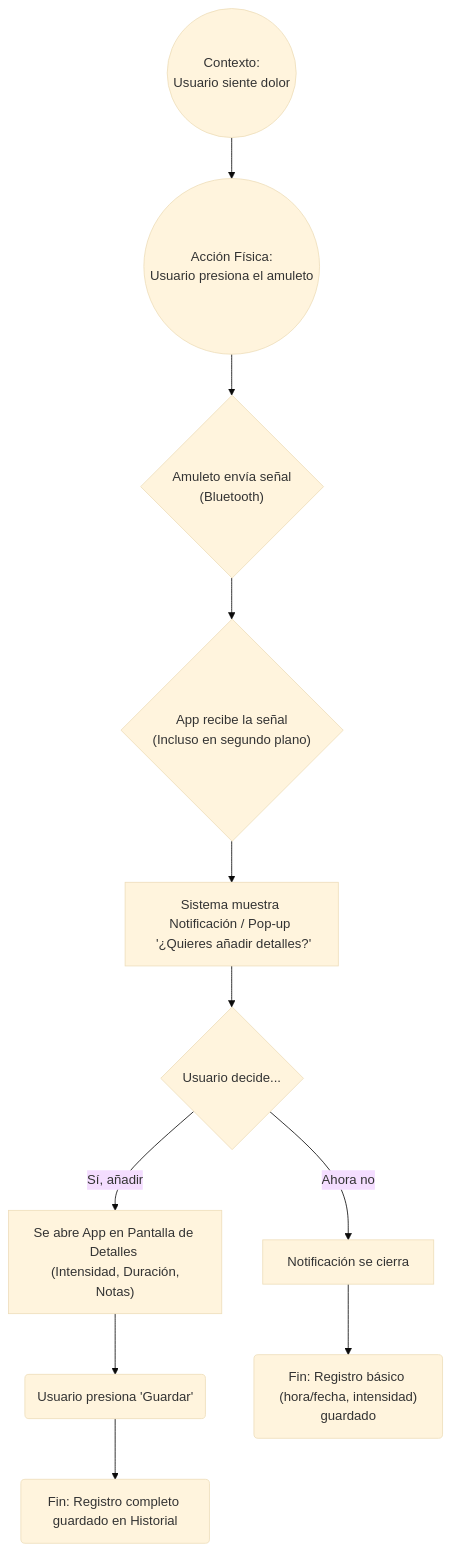
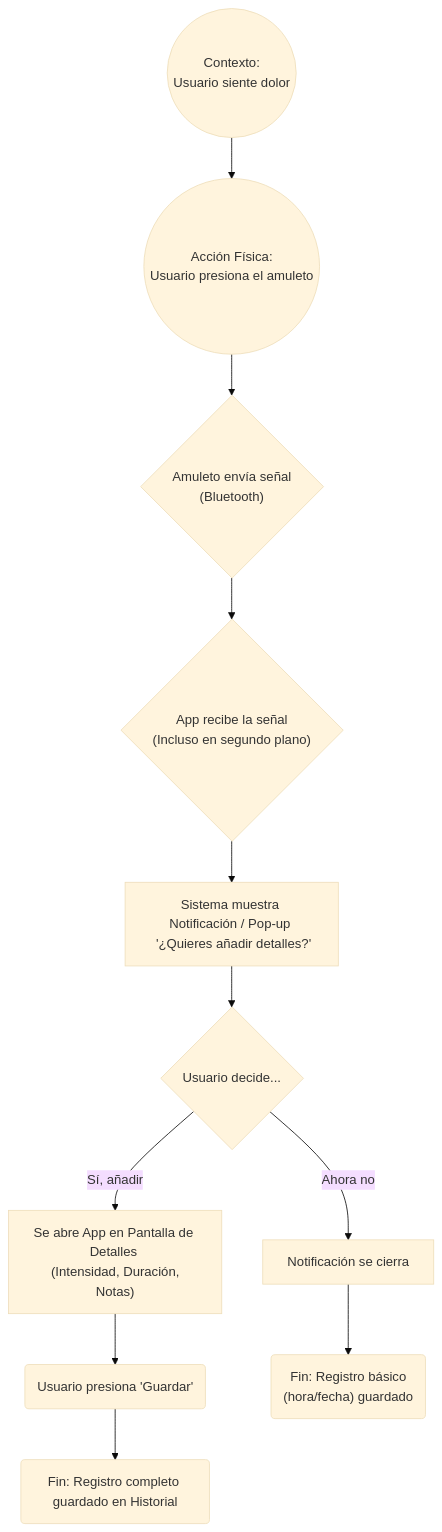
One commit to janisepulveda/auna changed the second of 2 diagrams in apuntes/README.md. Above: the diagram before and after it, drawn with Mermaid (base theme). The commit also changed other lines of this file, not shown here.

First line of the commit message:
Enhance README with user flow diagrams for AUNA app

````diff
--- a/apuntes/README.md
+++ b/apuntes/README.md
@@ -20,16 +27,13 @@
 ```mermaid
 flowchart TD
     A(("Contexto: <br> Usuario siente dolor")) --> B(("Acción Física: <br> Usuario presiona el amuleto"))
     B --> C{"Amuleto envía señal <br> (Bluetooth)"}
     C --> D{"App recibe la señal <br> (Incluso en segundo plano)"}
-    D --> E@{ label: "Sistema muestra Notificación / Pop-up <br> '¿Quieres añadir detalles?'" }
+    D --> E["Sistema muestra Notificación / Pop-up <br> '¿Quieres añadir detalles?'"]
     E --> F{"Usuario decide..."}
-    F -- Sí, añadir --> G["Se abre App en Pantalla de Detalles <br> (Intensidad, Duración, Notas)"]
-    G --> H@{ label: "Usuario presiona 'Guardar'" }
+    F -- "Sí, añadir" --> G["Se abre App en Pantalla de Detalles <br> (Intensidad, Duración, Notas)"]
+    G --> H("Usuario presiona 'Guardar'")
     H --> I("Fin: Registro completo guardado en Historial")
-    F -- Ahora no --> J["Notificación se cierra"]
-    J --> K("Fin: Registro básico <br> (hora/fecha, intensidad) guardado")
-
-    E@{ shape: rect}
-    H@{ shape: rounded}
+    F -- "Ahora no" --> J["Notificación se cierra"]
+    J --> K("Fin: Registro básico <br> (hora/fecha) guardado")
 ```
````
